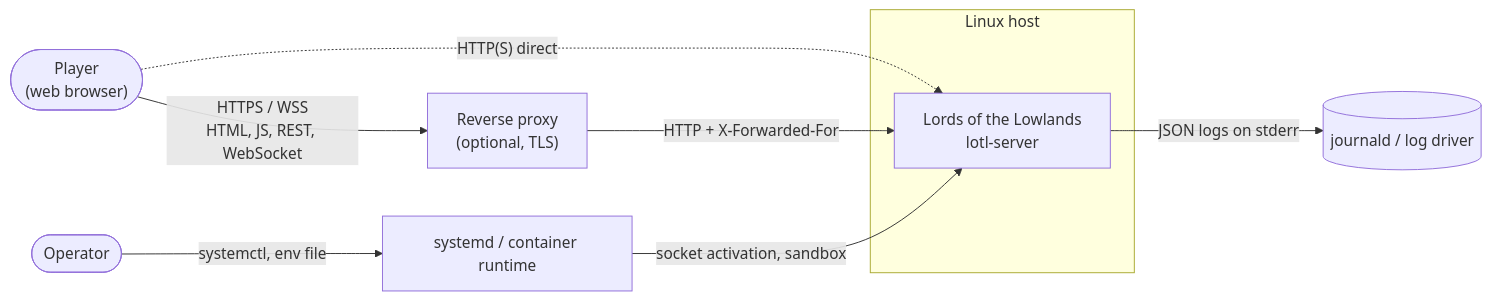
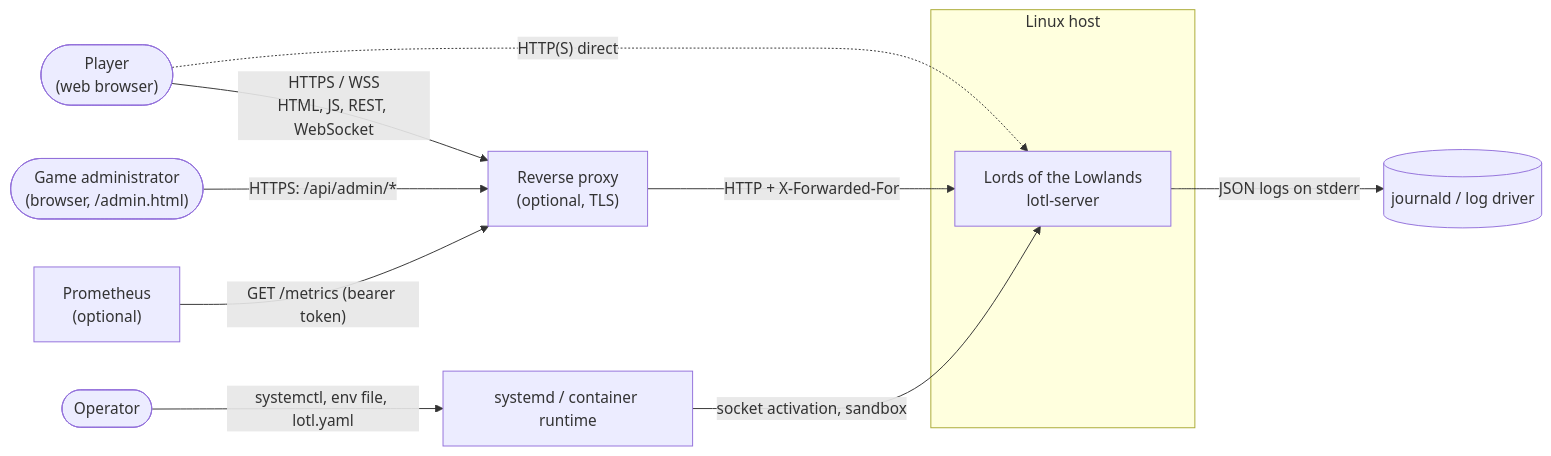
One commit to rom/Lords_of_the_Lowlands changed the first of 11 diagrams in docs/architecture.md. Above: the diagram before and after it, drawn with Mermaid. The commit also changed other lines of this file and 25 other files, not shown here.

First line of the commit message:
Graphics overhaul (materials, props, docks, ships, fish, minimap fog), docs for all new features; fix naval tech attack, Defend flag, editor map-type generate, metrics loopback behind proxy, AI scouts for a shore before building docks

````diff
--- a/docs/architecture.md
+++ b/docs/architecture.md
@@ -14,18 +14,22 @@
 ```mermaid
 flowchart LR
     player(["Player<br/>(web browser)"])
+    gadmin(["Game administrator<br/>(browser, /admin.html)"])
     admin(["Operator"])
+    prom["Prometheus<br/>(optional)"]
     subgraph host["Linux host"]
         lotl["Lords of the Lowlands<br/>lotl-server"]
     end
     proxy["Reverse proxy<br/>(optional, TLS)"]
     systemd["systemd / container runtime"]
     journal[("journald / log driver")]
 
     player -- "HTTPS / WSS<br/>HTML, JS, REST, WebSocket" --> proxy
     player -. "HTTP(S) direct" .-> lotl
     proxy -- "HTTP + X-Forwarded-For" --> lotl
-    admin -- "systemctl, env file" --> systemd
+    gadmin -- "HTTPS: /api/admin/*" --> proxy
+    prom -- "GET /metrics (bearer token)" --> proxy
+    admin -- "systemctl, env file, lotl.yaml" --> systemd
     systemd -- "socket activation, sandbox" --> lotl
     lotl -- "JSON logs on stderr" --> journal
 ```
````
